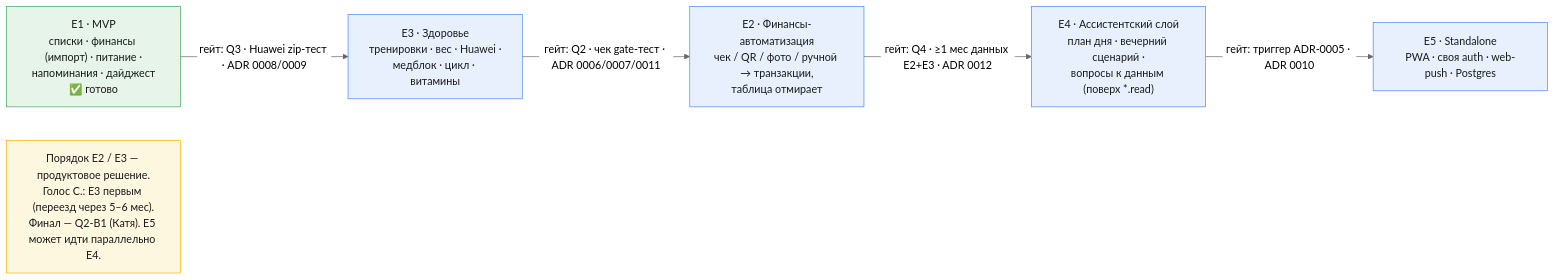
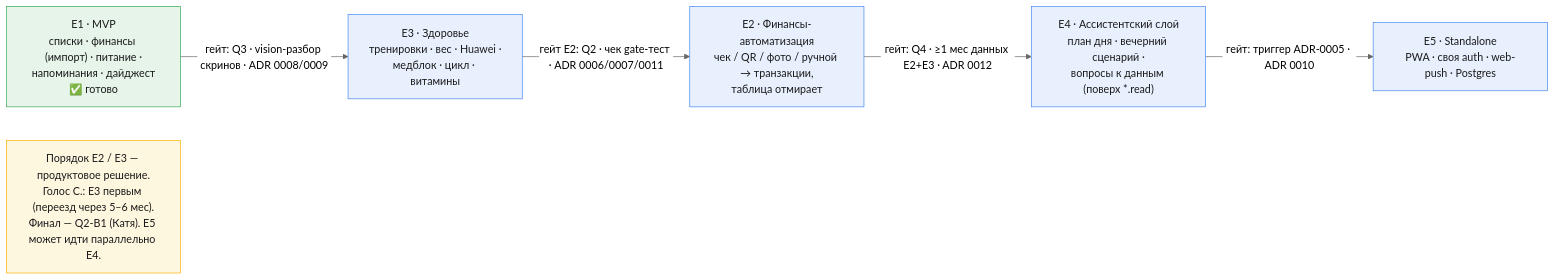
The diagram in docs/07_diagrams/program/prog-roadmap.mermaid (SkeiLeinux/Assistent_bot), drawn with Mermaid (neutral theme) before and after one commit. The commit also changed 43 other files, not shown here.

```diff
--- a/docs/07_diagrams/program/prog-roadmap.mermaid
+++ b/docs/07_diagrams/program/prog-roadmap.mermaid
@@ -1,21 +1,21 @@
 %% Программный roadmap E1→E5 — ПРОЕКТНОЕ/КАНДИДАТНОЕ
 %% Derived from: 06_program/program-roadmap.md §1/§2/§4. SSOT — docs/06_program.
 flowchart LR
   E1["E1 · MVP<br/>списки · финансы (импорт) · питание ·<br/>напоминания · дайджест<br/>✅ готово"]
   E3["E3 · Здоровье<br/>тренировки · вес · Huawei ·<br/>медблок · цикл · витамины"]
   E2["E2 · Финансы-автоматизация<br/>чек / QR / фото / ручной → транзакции,<br/>таблица отмирает"]
   E4["E4 · Ассистентский слой<br/>план дня · вечерний сценарий ·<br/>вопросы к данным (поверх *.read)"]
   E5["E5 · Standalone<br/>PWA · своя auth · web-push · Postgres"]
   NOTE["Порядок E2 / E3 — продуктовое решение.<br/>Голос С.: E3 первым (переезд через 5–6 мес).<br/>Финал — Q2-В1 (Катя). E5 может идти параллельно E4."]
 
-  E1 -->|"гейт: Q3 · Huawei zip-тест · ADR 0008/0009"| E3
-  E3 -->|"гейт: Q2 · чек gate-тест · ADR 0006/0007/0011"| E2
+  E1 -->|"гейт: Q3 · vision-разбор скринов · ADR 0008/0009"| E3
+  E3 -->|"гейт E2: Q2 · чек gate-тест · ADR 0006/0007/0011"| E2
   E2 -->|"гейт: Q4 · ≥1 мес данных E2+E3 · ADR 0012"| E4
   E4 -->|"гейт: триггер ADR-0005 · ADR 0010"| E5
 
   classDef done fill:#E6F4EA,stroke:#34A853,color:#1a1a1a;
   classDef future fill:#E8F0FE,stroke:#4285F4,color:#1a1a1a;
   classDef note fill:#FEF7E0,stroke:#F9AB00,color:#1a1a1a;
   class E1 done;
   class E2,E3,E4,E5 future;
   class NOTE note;
```
